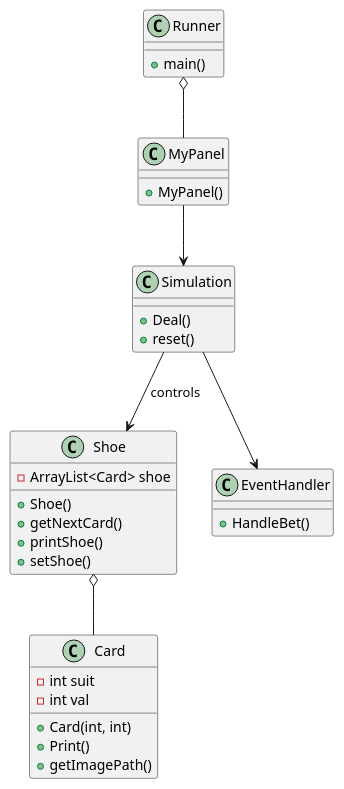
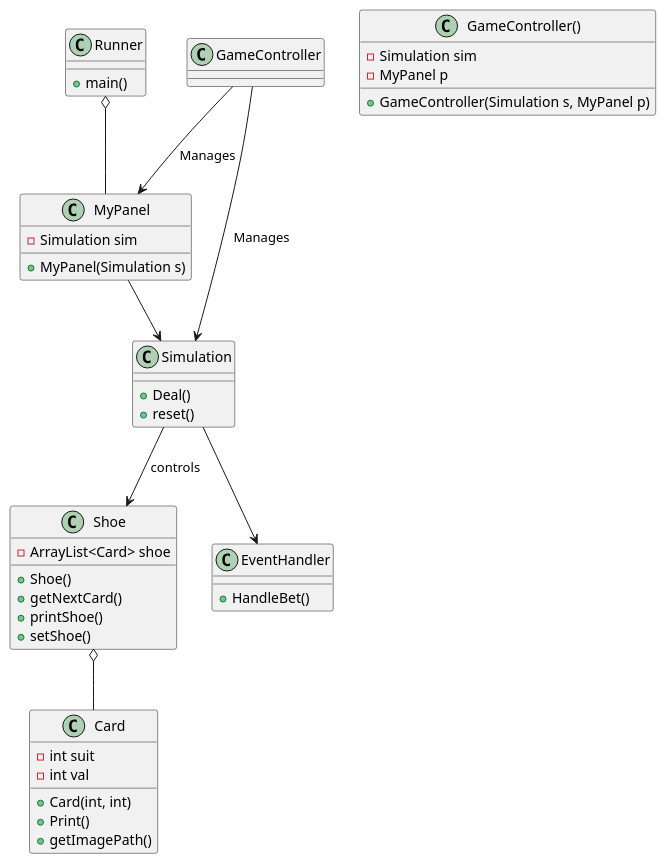
The diagram in src/support/uml/project.puml (Zach-Farrell/blackjack-game), drawn with PlantUML before and after one commit. The commit also changed 3 other files, not shown here.

```diff
--- a/src/support/uml/project.puml
+++ b/src/support/uml/project.puml
@@ -1,41 +1,50 @@
 @startuml
 class Shoe {
     -ArrayList<Card> shoe
     +Shoe()
     +getNextCard()
     +printShoe()
     +setShoe()
 }
 
 class Card {
     +Card(int, int)
     +Print()
     +getImagePath()
     -int suit
     -int val
 }
 
 class Simulation {
     +Deal()
     +reset()
 
 }
 
 class EventHandler {
     +HandleBet()
 }
 
 class MyPanel {
-    +MyPanel()
+    +MyPanel(Simulation s)
+    -Simulation sim
 }
 
 class Runner {
 	+main()
+}
+
+class GameController() {
+    +GameController(Simulation s, MyPanel p)
+    -Simulation sim
+    -MyPanel p
 }
 
 Shoe o-- Card
 MyPanel --> Simulation
 Simulation --> Shoe : controls
 Simulation --> EventHandler
 Runner o-- MyPanel
+GameController --> MyPanel : Manages
+GameController --> Simulation : Manages
 @enduml
```
